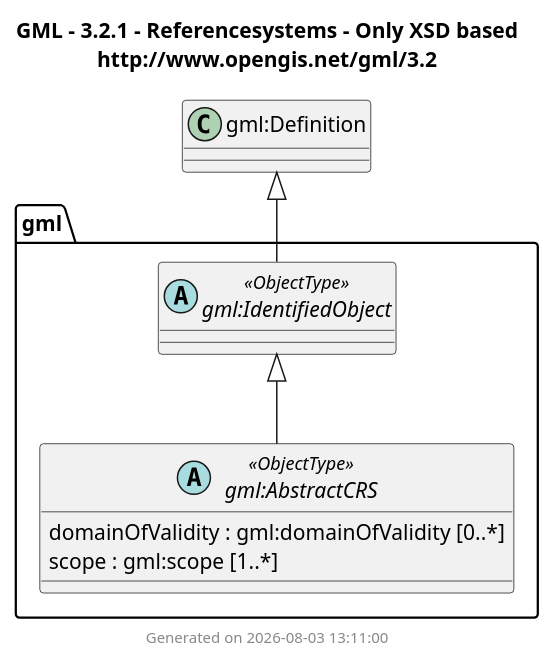
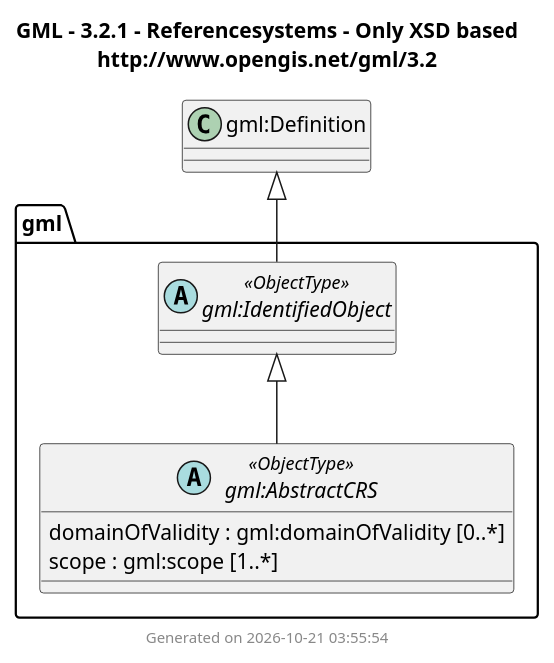
One commit to muratkendir/every-class changed the diagram in docs/output/GML/3.2.1/UMLClassDiagram/referencesystems.puml. Above: the diagram before and after it, drawn with PlantUML. The commit also changed 37 other files, not shown here.

Commit message:
cross-compilation diagram generation added.

```diff
--- a/docs/output/GML/3.2.1/UMLClassDiagram/referencesystems.puml
+++ b/docs/output/GML/3.2.1/UMLClassDiagram/referencesystems.puml
@@ -1,29 +1,29 @@
 @startuml
 title
   GML - 3.2.1 - Referencesystems - Only XSD based
   http://www.opengis.net/gml/3.2
 end title
 
 package gml {
-abstract class "gml:IdentifiedObject" <<ObjectType>>
-abstract class "gml:AbstractCRS" <<ObjectType>> {
+abstract class "gml:IdentifiedObject" as gml_IdentifiedObject <<ObjectType>>
+abstract class "gml:AbstractCRS" as gml_AbstractCRS <<ObjectType>> {
   domainOfValidity : gml:domainOfValidity [0..*]
   scope : gml:scope [1..*]
 }
-class "gml:CRSProperty" $property {
+class "gml:CRSProperty" as gml_CRSProperty $property {
   AbstractCRS : gml:AbstractCRS
 }
 }
 
 ' External types (unresolved namespaces)
-class "gml:Definition"
+class "gml:Definition" as gml_Definition
 
-"gml:Definition" <|-- "gml:IdentifiedObject"
-"gml:IdentifiedObject" <|-- "gml:AbstractCRS"
+"gml_Definition" <|-- "gml_IdentifiedObject"
+"gml_IdentifiedObject" <|-- "gml_AbstractCRS"
 
 ' Property pseudo-classes are removed from rendering by default;
 ' remove the next line to show them.
 remove $property
 
-footer Generated on 2026-08-03 13:11:00
+footer Generated on 2026-10-21 03:55:54
 @enduml
```
